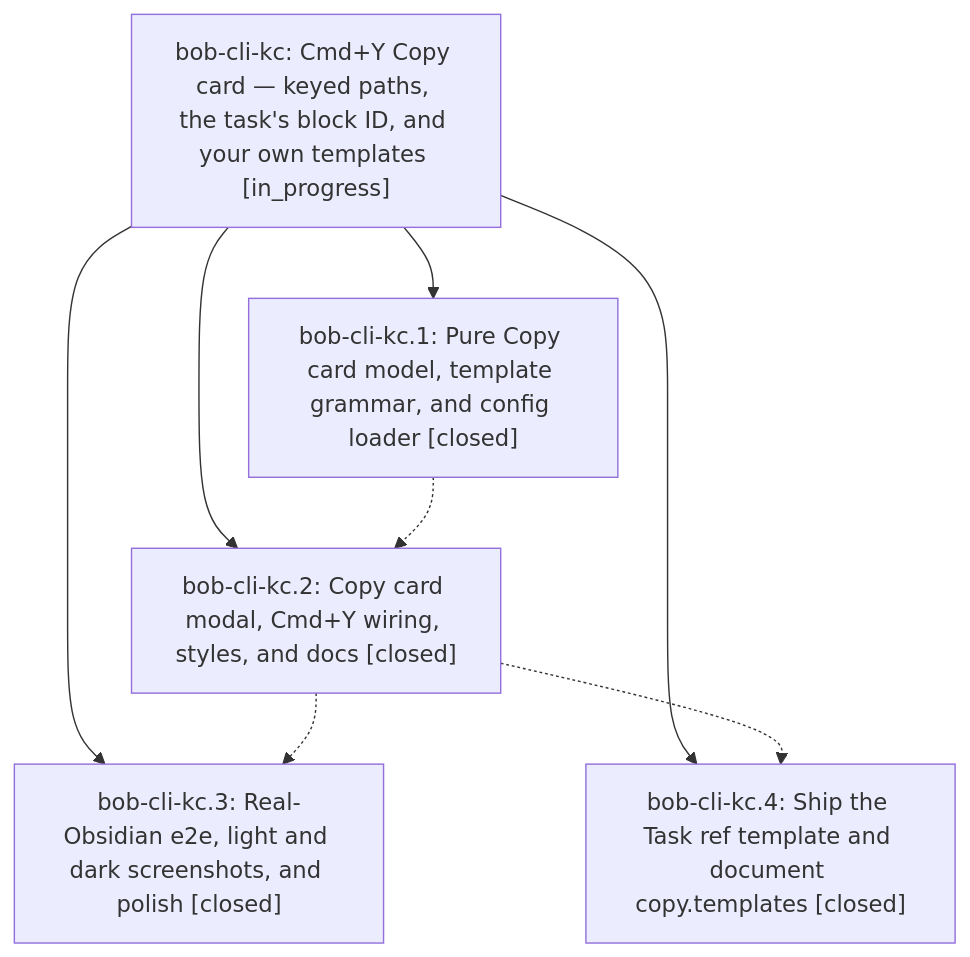
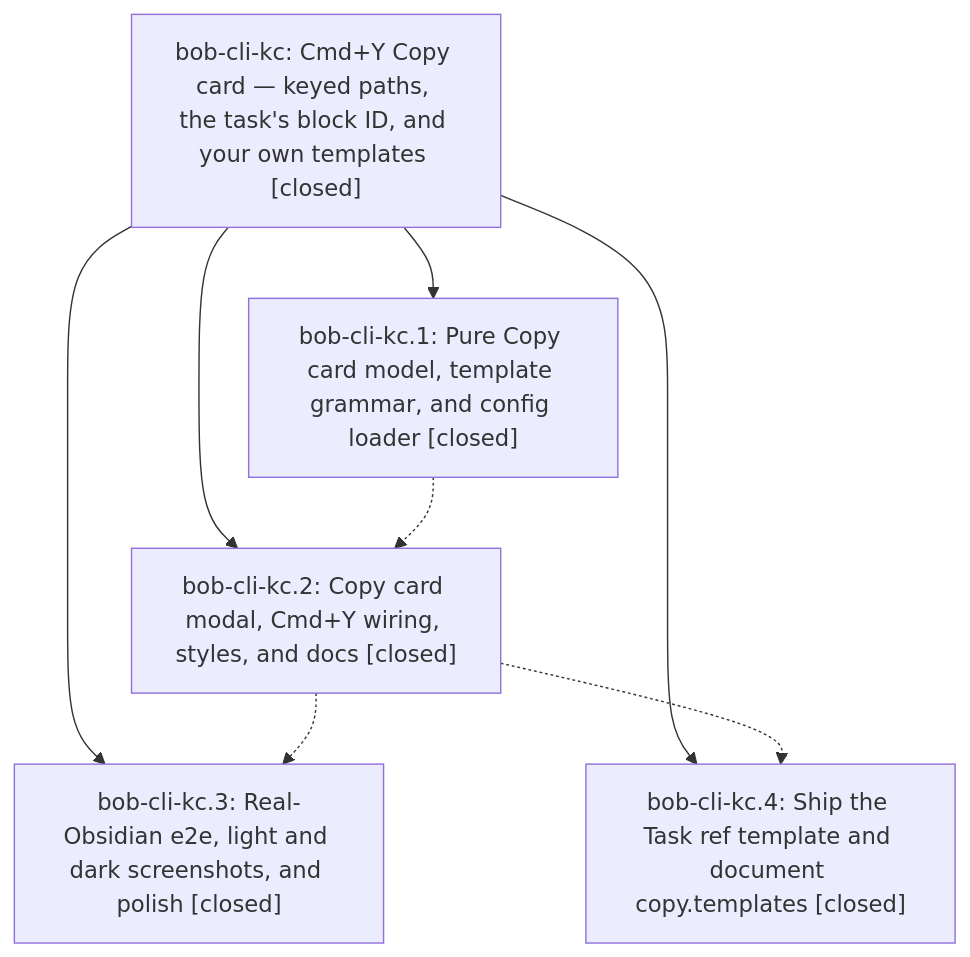
The diagram in pages/bob-cli-kc/README.md (bobs-org/bob-cli--beads), drawn with Mermaid before and after one commit. The commit also changed other lines of this file and 2 other files, not shown here.

First line of the commit message:
chore(beads): sync bead state and pages for bob-cli-kc

````diff
--- a/pages/bob-cli-kc/README.md
+++ b/pages/bob-cli-kc/README.md
@@ -39,15 +70,15 @@
 ```mermaid
 flowchart TD
-    n0["bob-cli-kc: Cmd+Y Copy card — keyed paths, the task's block ID, and your own templates [in_progress]"]
+    n0["bob-cli-kc: Cmd+Y Copy card — keyed paths, the task's block ID, and your own templates [closed]"]
     n1["bob-cli-kc.1: Pure Copy card model, template grammar, and config loader [closed]"]
     n2["bob-cli-kc.2: Copy card modal, Cmd+Y wiring, styles, and docs [closed]"]
     n3["bob-cli-kc.3: Real-Obsidian e2e, light and dark screenshots, and polish [closed]"]
     n4["bob-cli-kc.4: Ship the Task ref template and document copy.templates [closed]"]
     n0 --> n1
     n0 --> n2
     n0 --> n3
     n0 --> n4
     n1 -.-> n2
     n2 -.-> n3
     n2 -.-> n4
 ```
````
